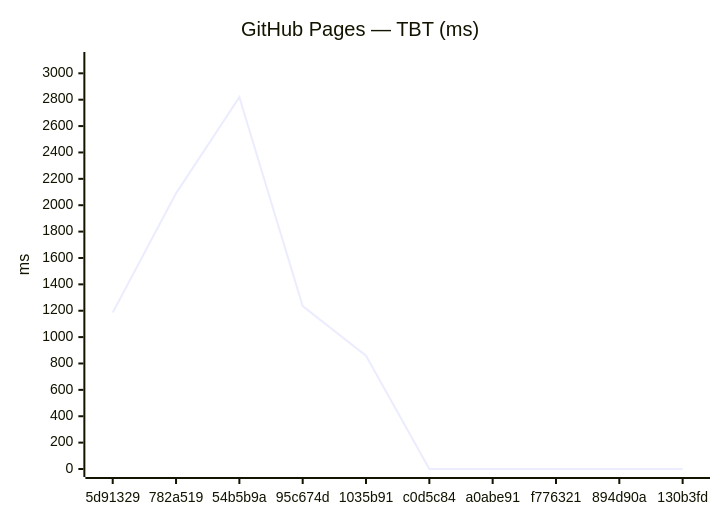
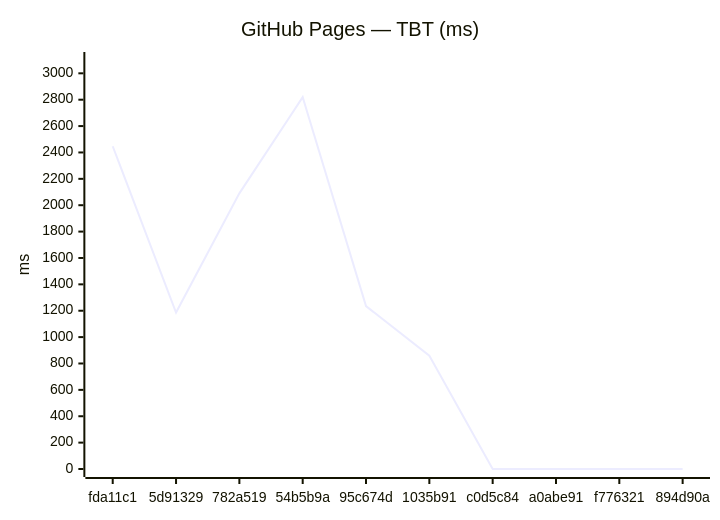
Before and after one commit to Metaheurist/Rianell: the fourth of 18 diagrams in benchmarks/compare.md, drawn with Mermaid. The commit also changed other lines of this file and 11 other files, not shown here.

````diff
--- a/benchmarks/compare.md
+++ b/benchmarks/compare.md
@@ -61,7 +61,7 @@
 ```mermaid
 xychart-beta
     title "GitHub Pages — TBT (ms)"
-    x-axis ["5d91329", "782a519", "54b5b9a", "95c674d", "1035b91", "c0d5c84", "a0abe91", "f776321", "894d90a", "130b3fd"]
+    x-axis ["fda11c1", "5d91329", "782a519", "54b5b9a", "95c674d", "1035b91", "c0d5c84", "a0abe91", "f776321", "894d90a"]
     y-axis "ms" 0 --> 3101
-    line [1186, 2090, 2819, 1235, 859, 0, 0, 0, 0, 0]
+    line [2447, 1186, 2090, 2819, 1235, 859, 0, 0, 0, 0]
 ```
````
